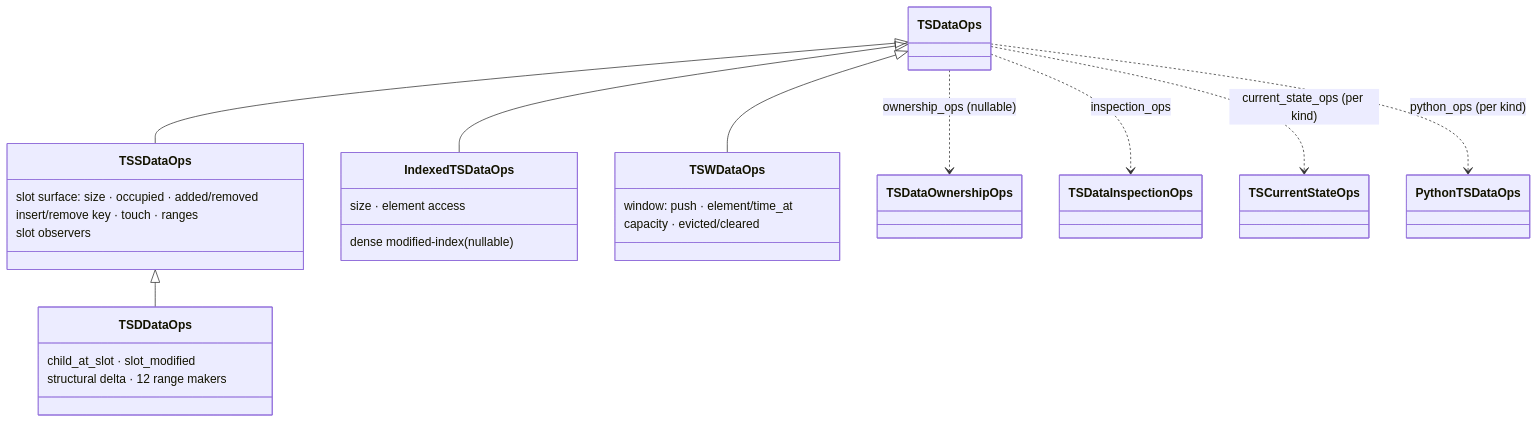
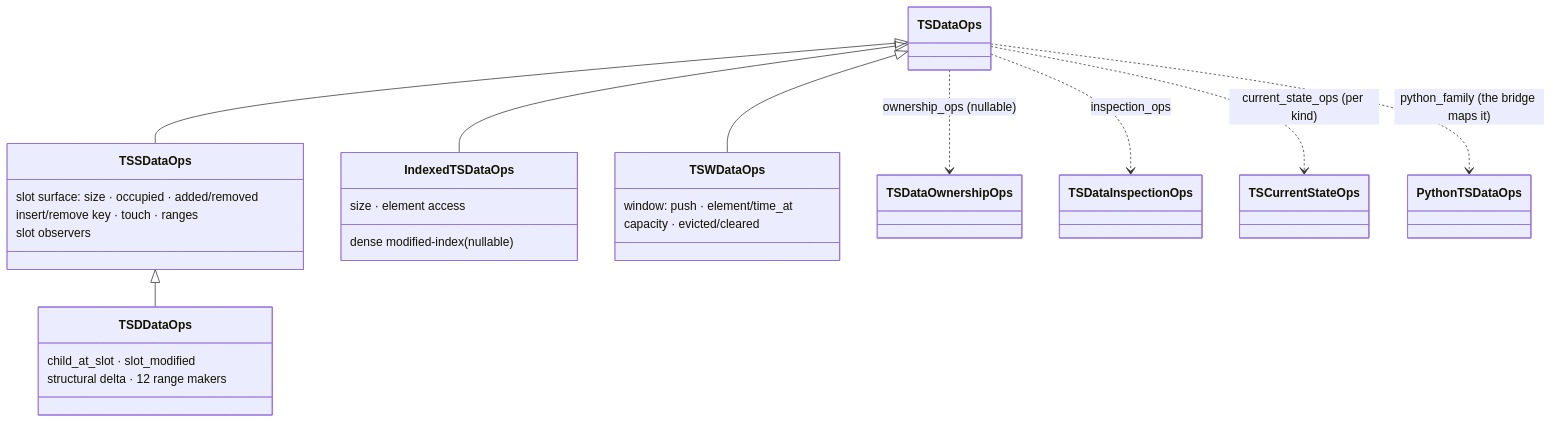
The third of 5 diagrams in docs/source/developer_guide/data_structures/plans_and_ops/ops_catalogue.rst (hhenson/hgraph), drawn with Mermaid before and after one commit. The commit also changed other lines of this file and 21 other files, not shown here.

```diff
--- a/docs/source/developer_guide/data_structures/plans_and_ops/ops_catalogue.rst
+++ b/docs/source/developer_guide/data_structures/plans_and_ops/ops_catalogue.rst
@@ -435,28 +436,28 @@
 .. mermaid::
 
    classDiagram
       TSDataOps <|-- TSSDataOps
       TSSDataOps <|-- TSDDataOps
       TSDataOps <|-- IndexedTSDataOps
       TSDataOps <|-- TSWDataOps
       TSDataOps ..> TSDataOwnershipOps : ownership_ops (nullable)
       TSDataOps ..> TSDataInspectionOps : inspection_ops
       TSDataOps ..> TSCurrentStateOps : current_state_ops (per kind)
-      TSDataOps ..> PythonTSDataOps : python_ops (per kind)
+      TSDataOps ..> PythonTSDataOps : python_family (the bridge maps it)
       class TSSDataOps {
         slot surface: size · occupied · added/removed
         insert/remove key · touch · ranges
         slot observers
       }
       class TSDDataOps {
         child_at_slot · slot_modified
         structural delta · 12 range makers
       }
       class IndexedTSDataOps {
         size · element access
         dense modified-index (nullable)
       }
       class TSWDataOps {
         window: push · element/time_at
         capacity · evicted/cleared
       }
```
